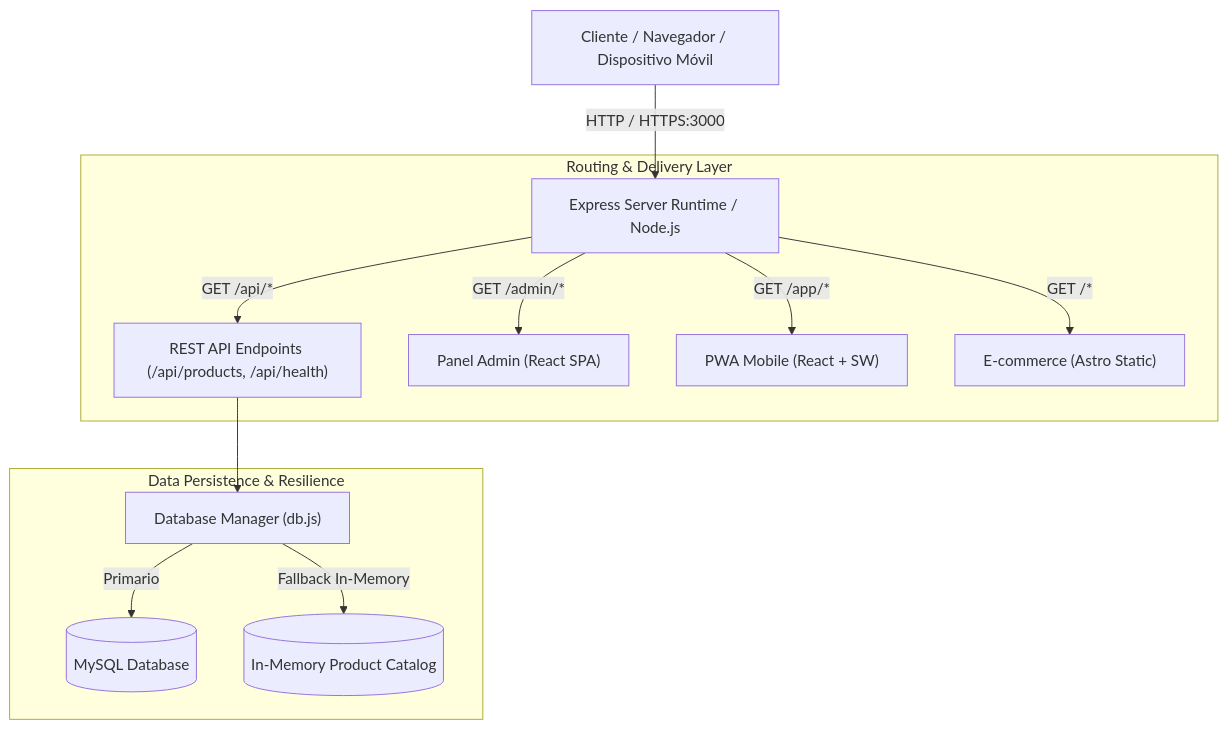
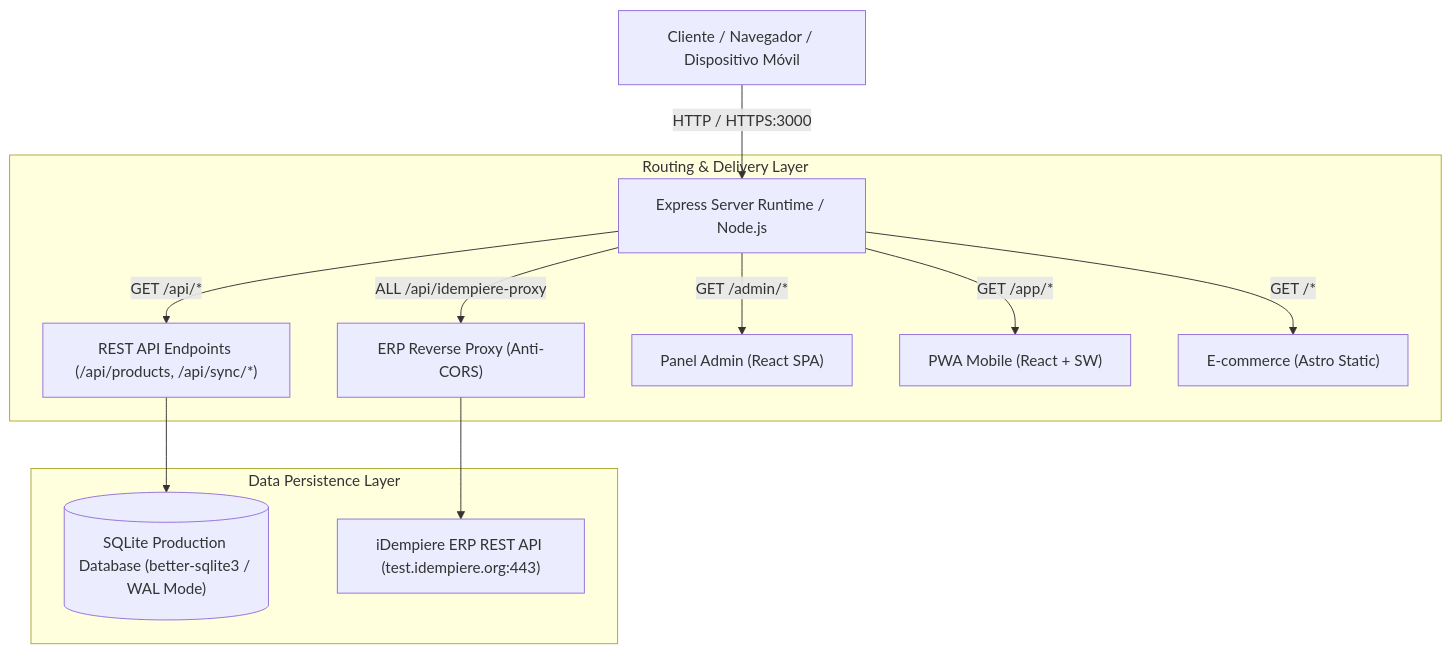
Before and after one commit to EGS-GROUP/rapidcorporate: the first of 2 diagrams in ARCHITECTURE.md, drawn with Mermaid. The commit also changed other lines of this file and 20 other files, not shown here.

Commit message:
feat: migracion completa a sqlite, autenticacion en 2 pasos idempiere y sincronizacion de 6 catalogos

````diff
--- a/ARCHITECTURE.md
+++ b/ARCHITECTURE.md
@@ -16,17 +16,17 @@
 ```mermaid
 graph TD
     Client[Cliente / Navegador / Dispositivo Móvil] -->|HTTP / HTTPS:3000| Express[Express Server Runtime / Node.js]
     
     subgraph "Routing & Delivery Layer"
-        Express -->|GET /api/*| APIRoutes["REST API Endpoints (/api/products, /api/health)"]
+        Express -->|GET /api/*| APIRoutes["REST API Endpoints (/api/products, /api/sync/*)"]
+        Express -->|ALL /api/idempiere-proxy| ProxyRoute["ERP Reverse Proxy (Anti-CORS)"]
         Express -->|GET /admin/*| AdminSPA["Panel Admin (React SPA)"]
         Express -->|GET /app/*| PwaSPA["PWA Mobile (React + SW)"]
         Express -->|GET /*| AstroSSG["E-commerce (Astro Static)"]
     end
 
-    subgraph "Data Persistence & Resilience"
-        APIRoutes --> DBBridge["Database Manager (db.js)"]
-        DBBridge -->|Primario| MySQL[("MySQL Database")]
-        DBBridge -->|Fallback In-Memory| MemStore[("In-Memory Product Catalog")]
+    subgraph "Data Persistence Layer"
+        APIRoutes --> SQLite[("SQLite Production Database (better-sqlite3 / WAL Mode)")]
+        ProxyRoute --> IDempiere["iDempiere ERP REST API (test.idempiere.org:443)"]
     end
 ```
````
